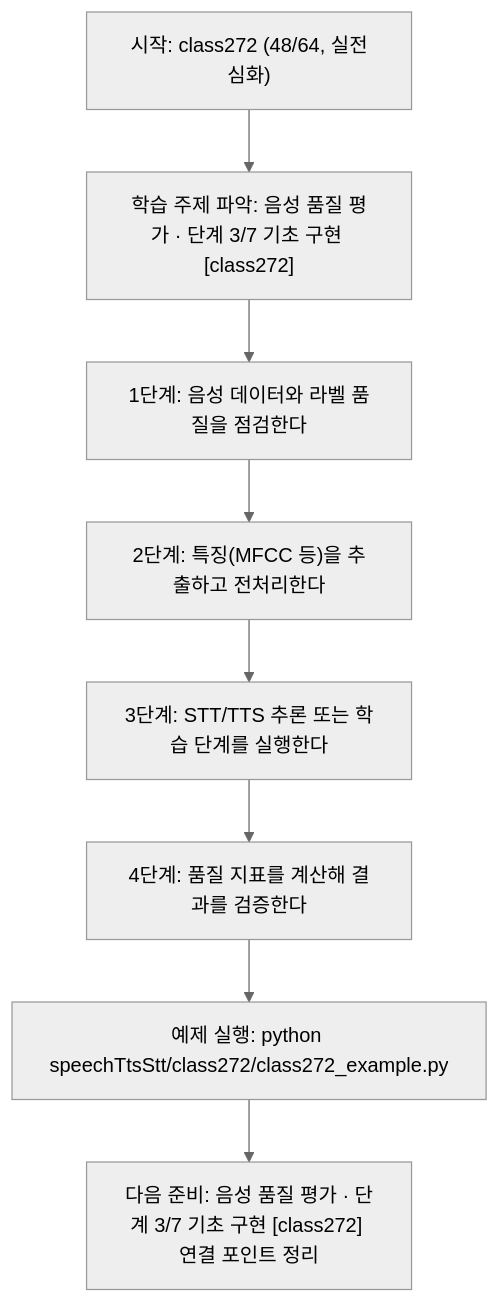
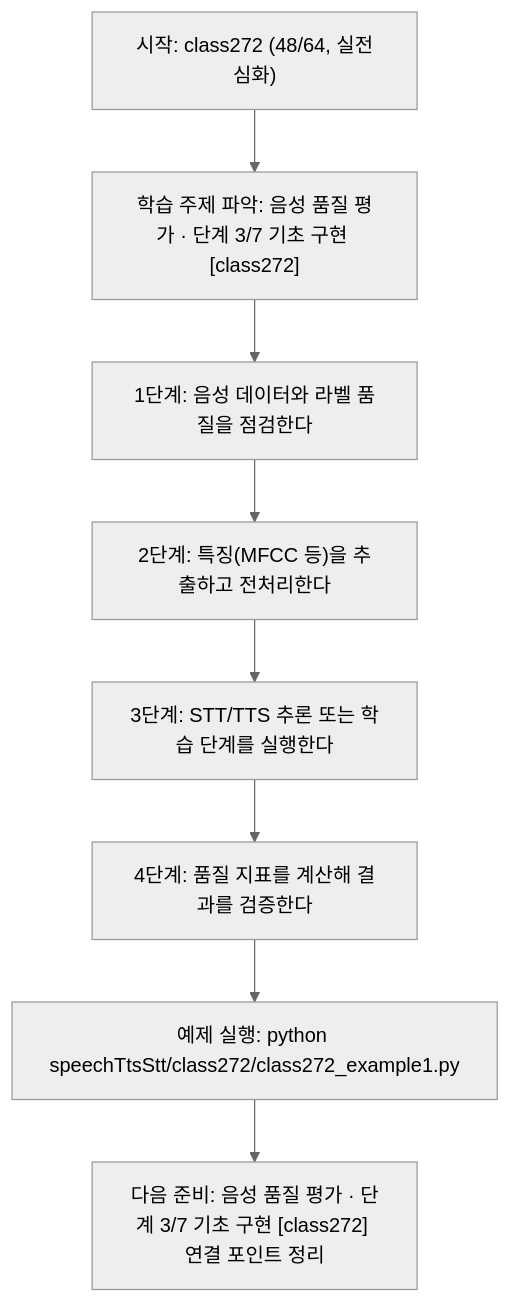
The diagram in speechTtsStt/class272/class272.md (edumgt/Python-AI_Agent-Class), drawn with Mermaid (neutral theme) before and after one commit. The commit also changed other lines of this file and 2959 other files, not shown here.

````diff
--- a/speechTtsStt/class272/class272.md
+++ b/speechTtsStt/class272/class272.md
@@ -114,18 +114,18 @@
 ```mermaid
 flowchart TD
 N1["시작: class272 (48/64, 실전심화)"]
 N2["학습 주제 파악: 음성 품질 평가 · 단계 3/7 기초 구현 [class272]"]
 N3["1단계: 음성 데이터와 라벨 품질을 점검한다"]
 N4["2단계: 특징(MFCC 등)을 추출하고 전처리한다"]
 N5["3단계: STT/TTS 추론 또는 학습 단계를 실행한다"]
 N6["4단계: 품질 지표를 계산해 결과를 검증한다"]
-N7["예제 실행: python speechTtsStt/class272/class272_example.py"]
+N7["예제 실행: python speechTtsStt/class272/class272_example1.py"]
 N8["다음 준비: 음성 품질 평가 · 단계 3/7 기초 구현 [class272] 연결 포인트 정리"]
 N1 --> N2
 N2 --> N3
 N3 --> N4
 N4 --> N5
 N5 --> N6
 N6 --> N7
 N7 --> N8
 ```
````
